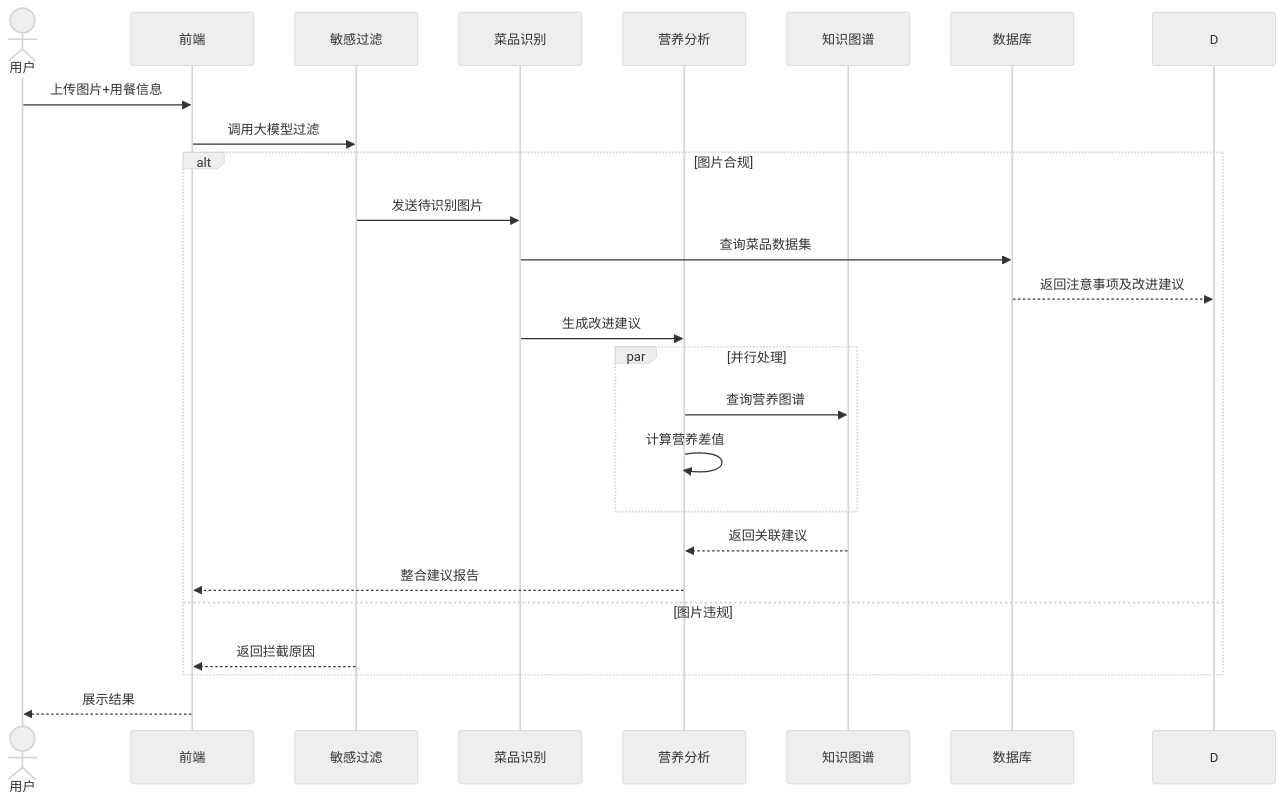
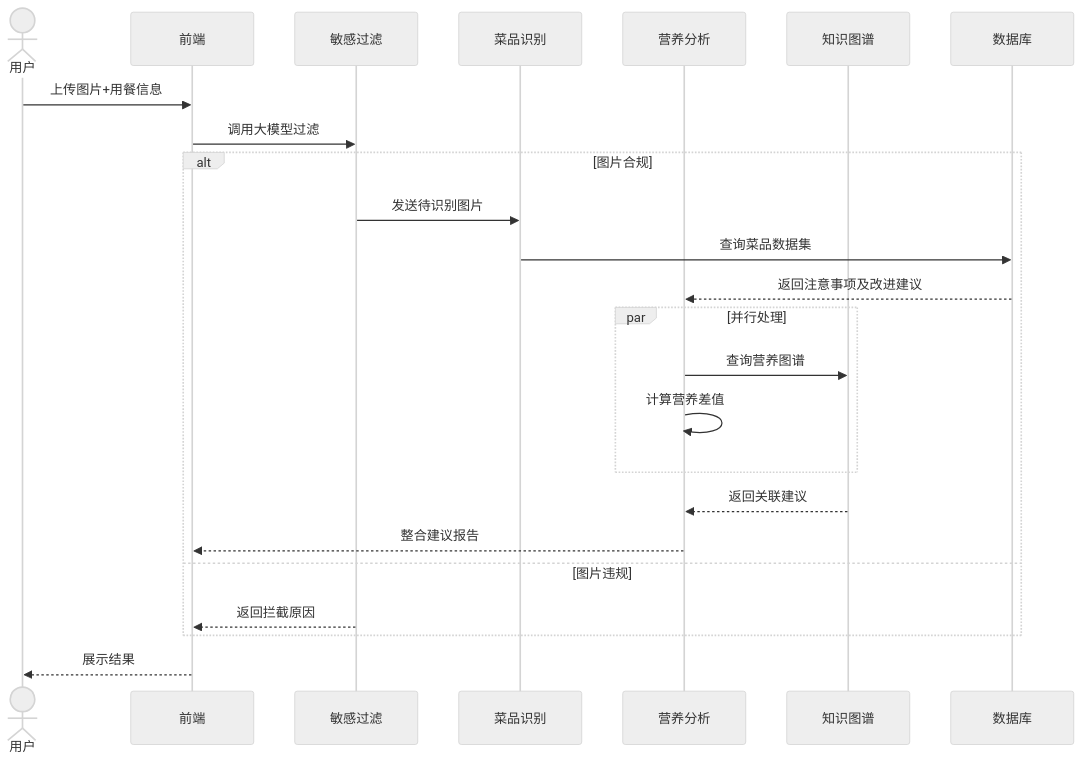
Before and after one commit to funnyData/iodraw-files: the diagram in all/未命名-1.md, drawn with Mermaid (neutral theme).

Commit message:
2025-03-19 16:39:22 update

````diff
--- a/all/未命名-1.md
+++ b/all/未命名-1.md
@@ -1,29 +1,29 @@
 ```mermaid
 %% 数据流图（基于网页1/2/5的时序图语法优化）
 sequenceDiagram
     actor User as 用户
     participant FE as 前端
     participant SF as 敏感过滤
     participant DR as 菜品识别
     participant NA as 营养分析
     participant KG as 知识图谱
     participant DB as 数据库
 
     User->>FE: 上传图片+用餐信息
     FE->>SF: 调用大模型过滤
     alt 图片合规
         SF->>DR: 发送待识别图片
         DR->>DB: 查询菜品数据集
-        DB-->>D: 返回注意事项及改进建议
-        DR->>NA: 生成改进建议
+        DB-->>NA: 返回注意事项及改进建议
+
         par 并行处理
             NA->>KG: 查询营养图谱
             NA->>NA: 计算营养差值
         end
         KG-->>NA: 返回关联建议
         NA-->>FE: 整合建议报告
     else 图片违规
         SF-->>FE: 返回拦截原因
     end
     FE-->>User: 展示结果
 ```
````
